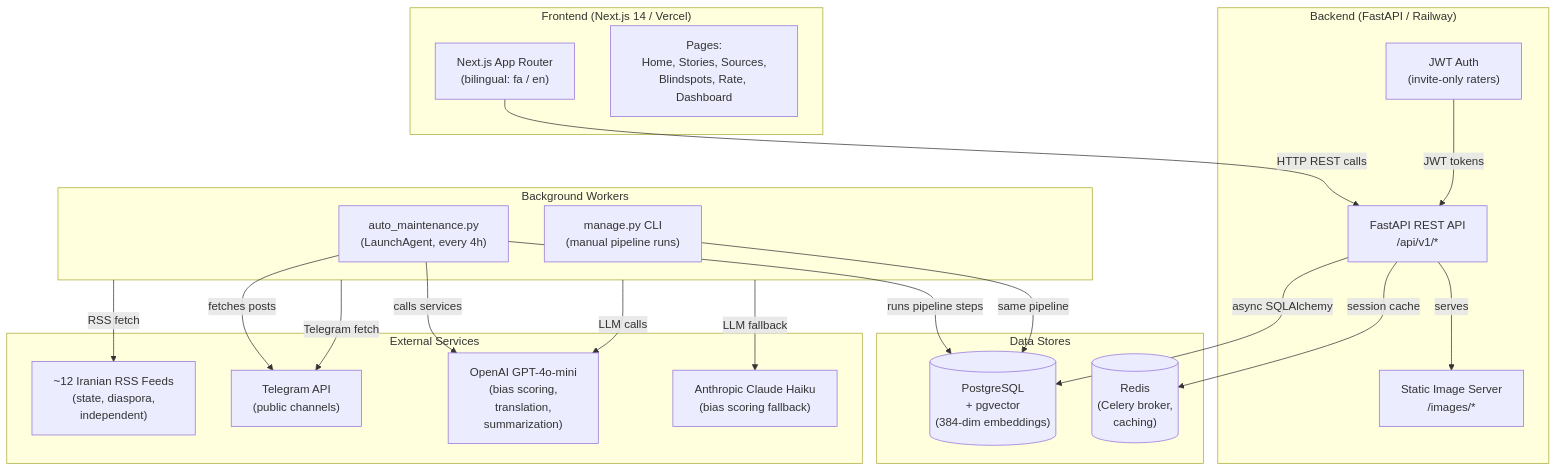
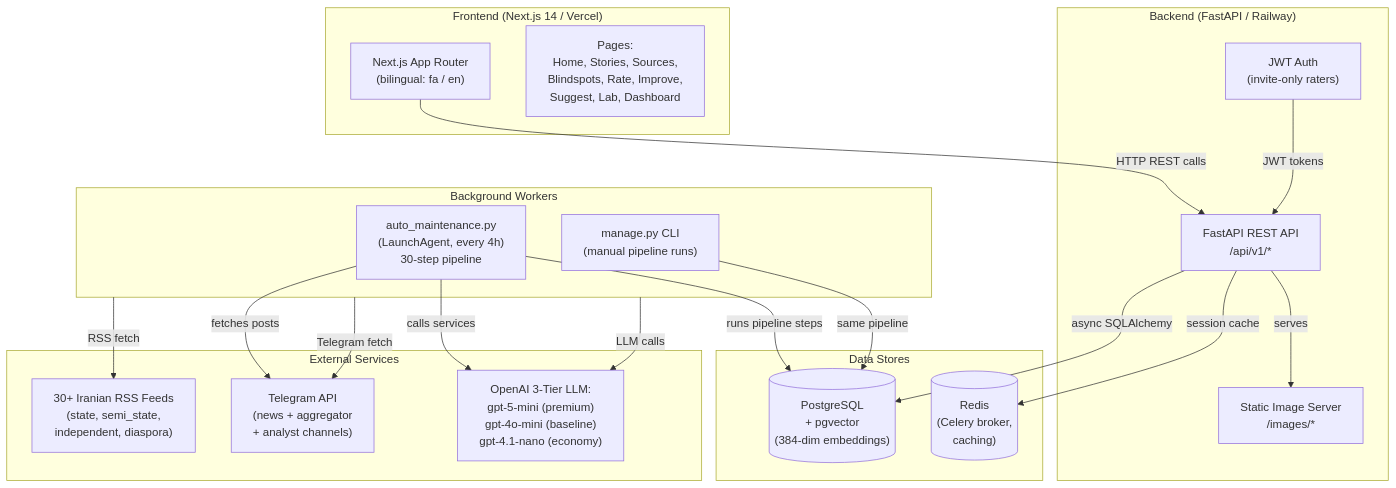
Before and after one commit to parham-ashur/doornegar: the first of 10 diagrams in project-management/ARCHITECTURE_VISUAL.md, drawn with Mermaid. The commit also changed other lines of this file, not shown here.

Commit message:
Update architecture docs: 34-step pipeline, intelligence layer, two-pass analysis

````diff
--- a/project-management/ARCHITECTURE_VISUAL.md
+++ b/project-management/ARCHITECTURE_VISUAL.md
@@ -12,47 +12,45 @@
 ```mermaid
 graph TB
     subgraph Frontend["Frontend (Next.js 14 / Vercel)"]
         NextApp["Next.js App Router<br/>(bilingual: fa / en)"]
-        Pages["Pages:<br/>Home, Stories, Sources,<br/>Blindspots, Rate, Dashboard"]
+        Pages["Pages:<br/>Home, Stories, Sources,<br/>Blindspots, Rate, Improve,<br/>Suggest, Lab, Dashboard"]
     end
 
     subgraph Backend["Backend (FastAPI / Railway)"]
         API["FastAPI REST API<br/>/api/v1/*"]
         Auth["JWT Auth<br/>(invite-only raters)"]
         StaticFiles["Static Image Server<br/>/images/*"]
     end
 
     subgraph Workers["Background Workers"]
-        AutoMaint["auto_maintenance.py<br/>(LaunchAgent, every 4h)"]
+        AutoMaint["auto_maintenance.py<br/>(LaunchAgent, every 4h)<br/>30-step pipeline"]
         ManagePy["manage.py CLI<br/>(manual pipeline runs)"]
     end
 
     subgraph Data["Data Stores"]
         PG[("PostgreSQL<br/>+ pgvector<br/>(384-dim embeddings)")]
         Redis[("Redis<br/>(Celery broker,<br/>caching)")]
     end
 
     subgraph External["External Services"]
-        RSS["~12 Iranian RSS Feeds<br/>(state, diaspora,<br/>independent)"]
-        TG["Telegram API<br/>(public channels)"]
-        OpenAI["OpenAI GPT-4o-mini<br/>(bias scoring,<br/>translation,<br/>summarization)"]
-        Anthropic["Anthropic Claude Haiku<br/>(bias scoring fallback)"]
+        RSS["30+ Iranian RSS Feeds<br/>(state, semi_state,<br/>independent, diaspora)"]
+        TG["Telegram API<br/>(news + aggregator<br/>+ analyst channels)"]
+        OpenAI["OpenAI 3-Tier LLM:<br/>gpt-5-mini (premium)<br/>gpt-4o-mini (baseline)<br/>gpt-4.1-nano (economy)"]
     end
 
     NextApp -->|"HTTP REST calls"| API
     API -->|"async SQLAlchemy"| PG
     API -->|"session cache"| Redis
     Auth -->|"JWT tokens"| API
 
     AutoMaint -->|"runs pipeline steps"| PG
     AutoMaint -->|"calls services"| OpenAI
     AutoMaint -->|"fetches posts"| TG
     ManagePy -->|"same pipeline"| PG
 
     Workers -->|"RSS fetch"| RSS
     Workers -->|"Telegram fetch"| TG
     Workers -->|"LLM calls"| OpenAI
-    Workers -->|"LLM fallback"| Anthropic
 
     API -->|"serves"| StaticFiles
 ```
````
